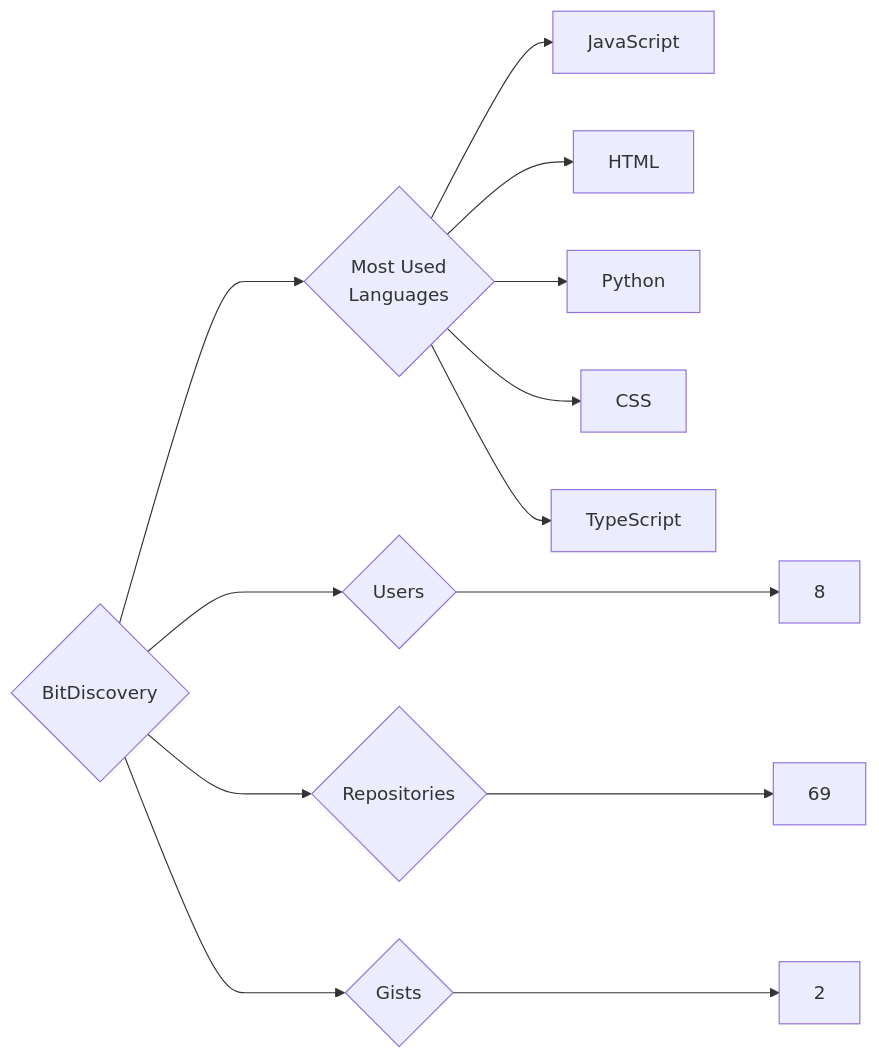
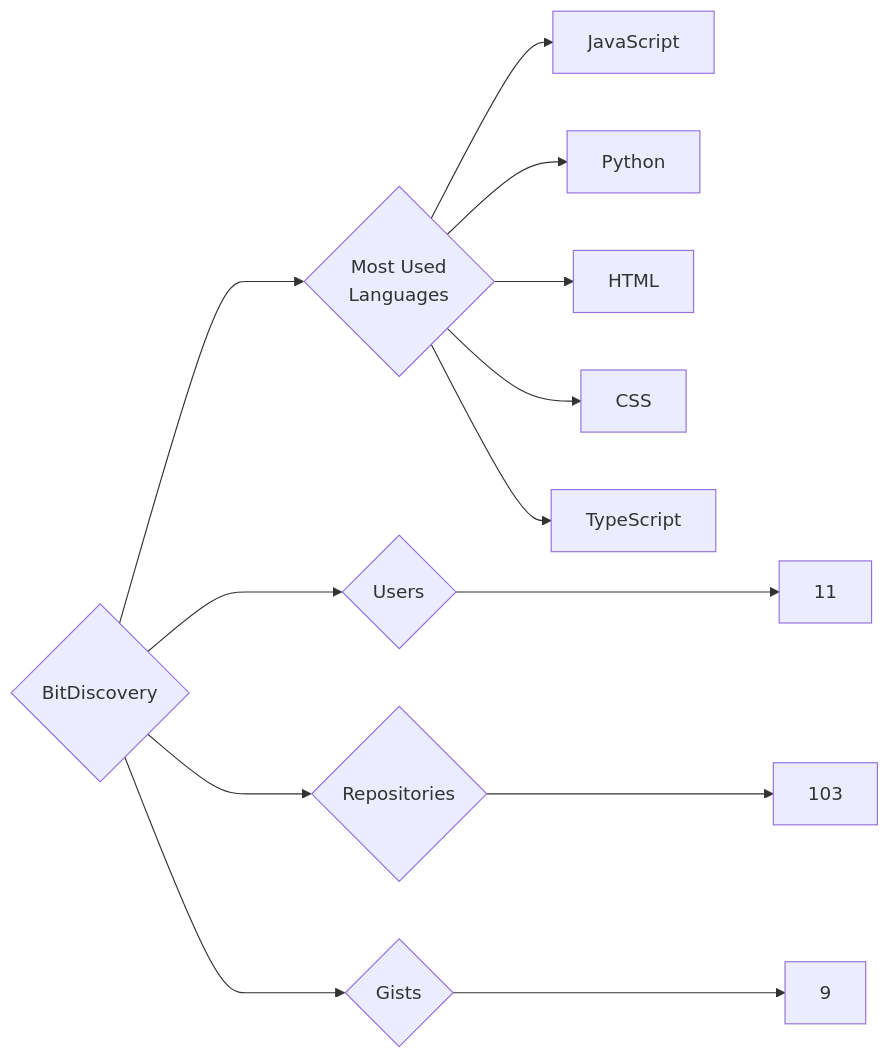
One commit to trickest/insiders changed the diagram in targets/BitDiscovery/README.md. Above: the diagram before and after it, drawn with Mermaid. The commit also changed 933 other files, not shown here.

````diff
--- a/targets/BitDiscovery/README.md
+++ b/targets/BitDiscovery/README.md
@@ -3,13 +3,13 @@
 ```mermaid
 graph LR
 COMPANY_NAME{BitDiscovery}
-COMPANY_NAME ---> U{Users} ---> UN[8]
-COMPANY_NAME ---> R{Repositories} ---> RN[69]
-COMPANY_NAME ---> G{Gists} ---> GN[2]
+COMPANY_NAME ---> U{Users} ---> UN[11]
+COMPANY_NAME ---> R{Repositories} ---> RN[103]
+COMPANY_NAME ---> G{Gists} ---> GN[9]
 COMPANY_NAME ---> ML{Most Used<br>Languages}
 ML --> JavaScript[JavaScript]
+ML --> Python[Python]
 ML --> HTML[HTML]
-ML --> Python[Python]
 ML --> CSS[CSS]
 ML --> TypeScript[TypeScript]
 ```
````
